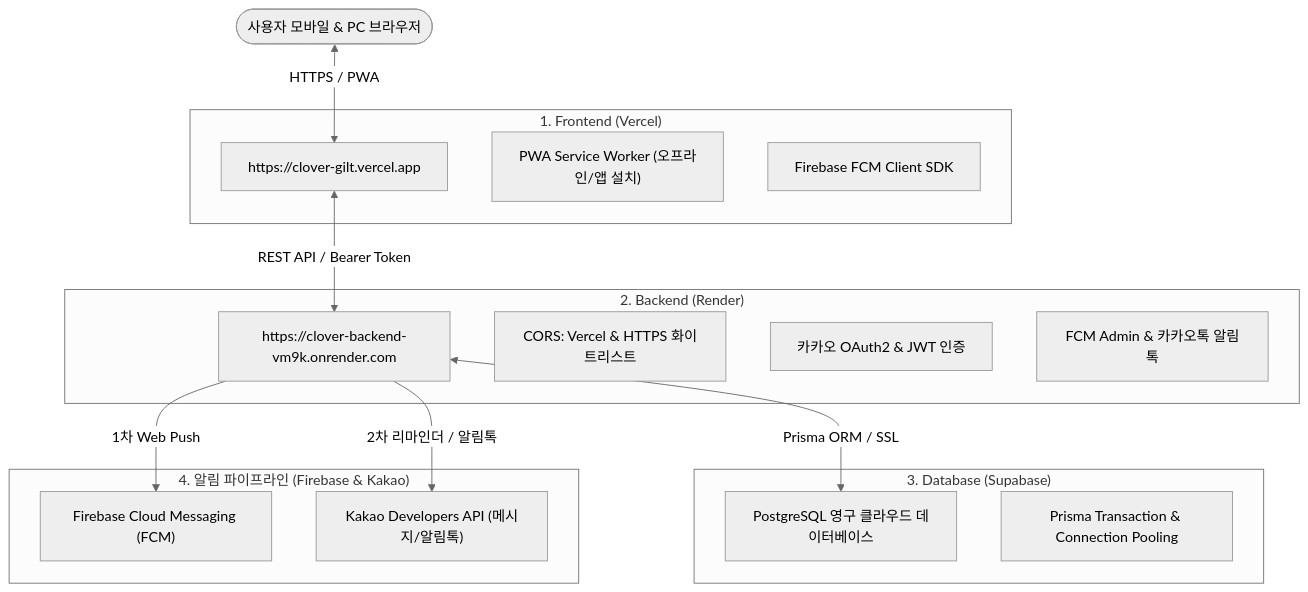
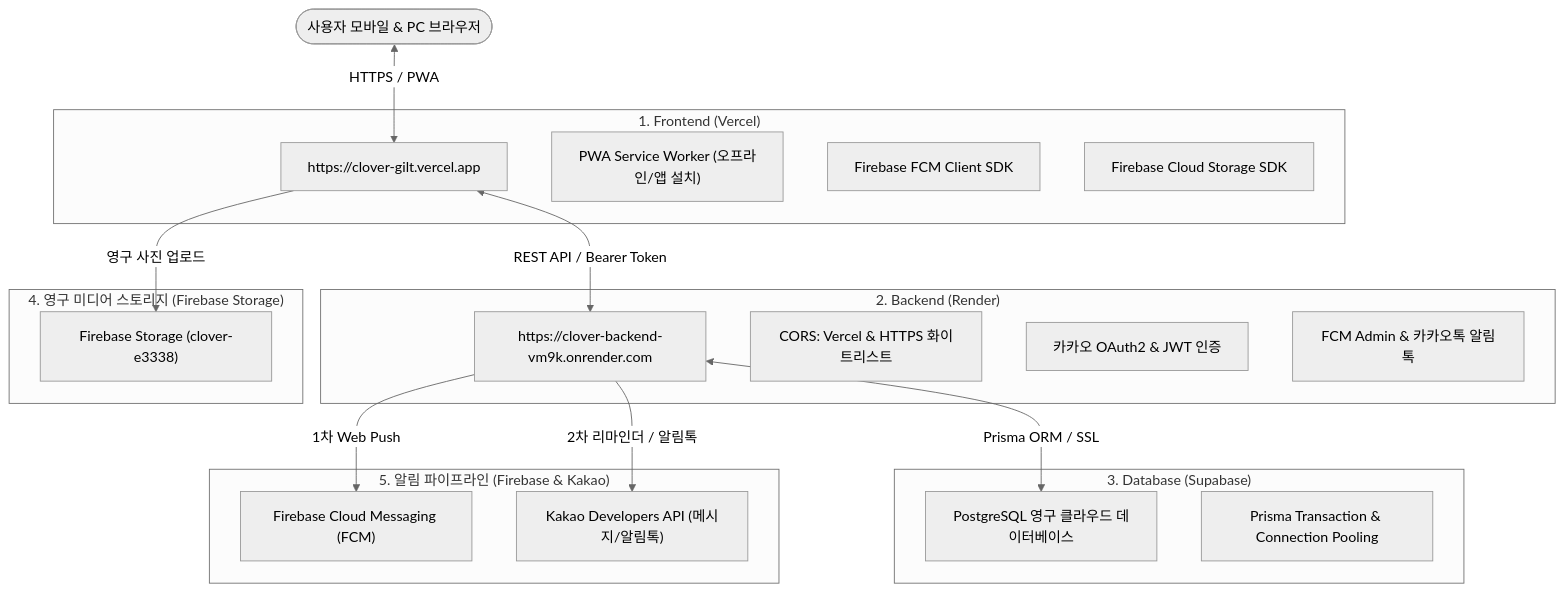
The diagram in README.md (moocongpapa/clover), drawn with Mermaid (neutral theme) before and after one commit. The commit also changed other lines of this file, not shown here.

Commit message:
docs: document Firebase Cloud Storage permanent media persistence and redesigned Notifications UX in README

````diff
--- a/README.md
+++ b/README.md
@@ -21,33 +22,39 @@
 ```mermaid
 flowchart TD
     User([사용자 모바일 & PC 브라우저])
     
     subgraph Frontend ["1. Frontend (Vercel)"]
         VercelApp["https://clover-gilt.vercel.app"]
         PWA["PWA Service Worker (오프라인/앱 설치)"]
         FCMClient["Firebase FCM Client SDK"]
+        FBStorageClient["Firebase Cloud Storage SDK"]
     end
     
     subgraph Backend ["2. Backend (Render)"]
         RenderAPI["https://clover-backend-vm9k.onrender.com"]
         CORS["CORS: Vercel & HTTPS 화이트리스트"]
         AuthService["카카오 OAuth2 & JWT 인증"]
         NotifyService["FCM Admin & 카카오톡 알림톡"]
     end
     
     subgraph Database ["3. Database (Supabase)"]
         Postgres["PostgreSQL 영구 클라우드 데이터베이스"]
         PrismaPooler["Prisma Transaction & Connection Pooling"]
     end
     
-    subgraph PushService ["4. 알림 파이프라인 (Firebase & Kakao)"]
+    subgraph CloudStorage ["4. 영구 미디어 스토리지 (Firebase Storage)"]
+        StorageBucket["Firebase Storage (clover-e3338)"]
+    end
+
+    subgraph PushService ["5. 알림 파이프라인 (Firebase & Kakao)"]
         FirebaseFCM["Firebase Cloud Messaging (FCM)"]
         KakaoAPI["Kakao Developers API (메시지/알림톡)"]
     end
 
     User <-->|HTTPS / PWA| VercelApp
     VercelApp <-->|REST API / Bearer Token| RenderAPI
+    VercelApp -->|영구 사진 업로드| StorageBucket
     RenderAPI <-->|Prisma ORM / SSL| Postgres
     RenderAPI -->|1차 Web Push| FirebaseFCM
     RenderAPI -->|2차 리마인더 / 알림톡| KakaoAPI
 ```
````
